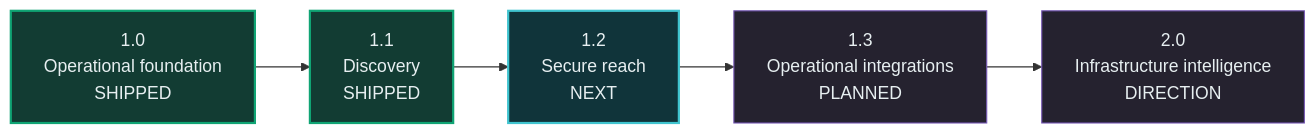
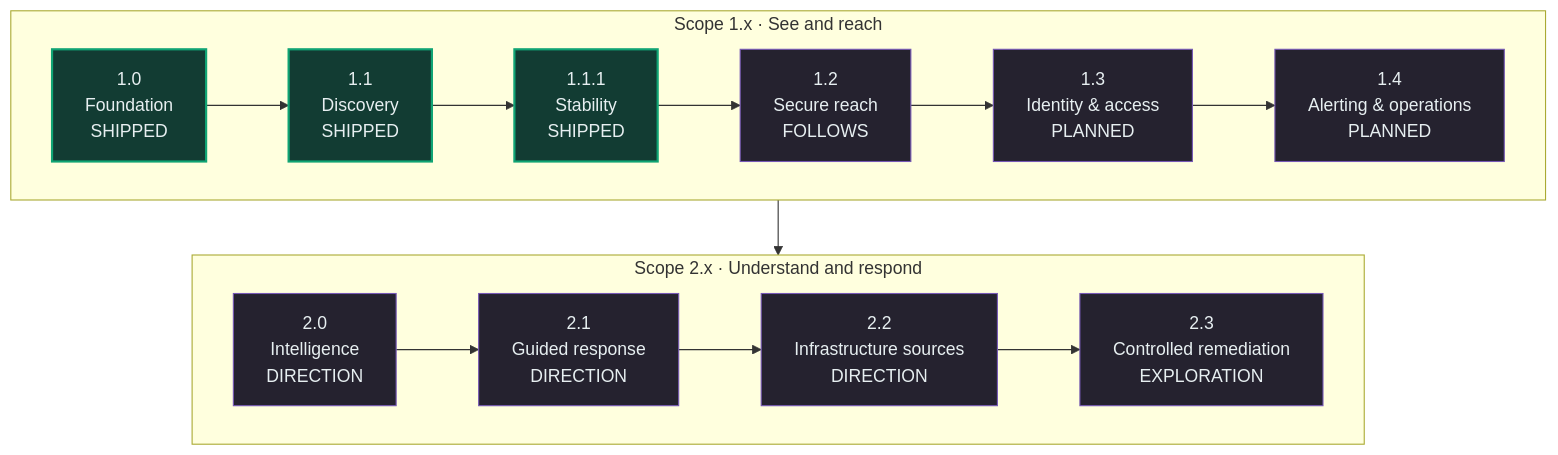
The third of 3 diagrams in README.md (vt-global-de/scope), drawn with Mermaid before and after one commit. The commit also changed other lines of this file and 30 other files, not shown here.

````diff
--- a/README.md
+++ b/README.md
@@ -167,14 +181,21 @@
 ```mermaid
-flowchart LR
-    v10["1.0<br/>Operational foundation<br/>SHIPPED"] --> v11["1.1<br/>Discovery<br/>SHIPPED"]
-    v11 --> v12["1.2<br/>Secure reach<br/>NEXT"]
-    v12 --> v13["1.3<br/>Operational integrations<br/>PLANNED"]
-    v13 --> v20["2.0<br/>Infrastructure intelligence<br/>DIRECTION"]
+flowchart TB
+    subgraph v1[Scope 1.x · See and reach]
+      direction LR
+      v10["1.0<br/>Foundation<br/>SHIPPED"] --> v11["1.1<br/>Discovery<br/>SHIPPED"]
+      v11 --> v111["1.1.1<br/>Stability<br/>SHIPPED"] --> v12["1.2<br/>Secure reach<br/>FOLLOWS"]
+      v12 --> v13["1.3<br/>Identity & access<br/>PLANNED"] --> v14["1.4<br/>Alerting & operations<br/>PLANNED"]
+    end
+    subgraph v2[Scope 2.x · Understand and respond]
+      direction LR
+      v20["2.0<br/>Intelligence<br/>DIRECTION"] --> v21["2.1<br/>Guided response<br/>DIRECTION"]
+      v21 --> v22["2.2<br/>Infrastructure sources<br/>DIRECTION"] --> v23["2.3<br/>Controlled remediation<br/>EXPLORATION"]
+    end
+    v14 --> v20
 
     classDef shipped fill:#123c33,stroke:#10a474,color:#e7eff1,stroke-width:2px;
     classDef next fill:#10343a,stroke:#40c4cf,color:#e7eff1,stroke-width:2px;
     classDef planned fill:#25222f,stroke:#7658b5,color:#e7eff1;
-    class v10,v11 shipped;
-    class v12 next;
-    class v13,v20 planned;
+    class v10,v11,v111 shipped;
+    class v12,v13,v14,v20,v21,v22,v23 planned;
 ```
````
